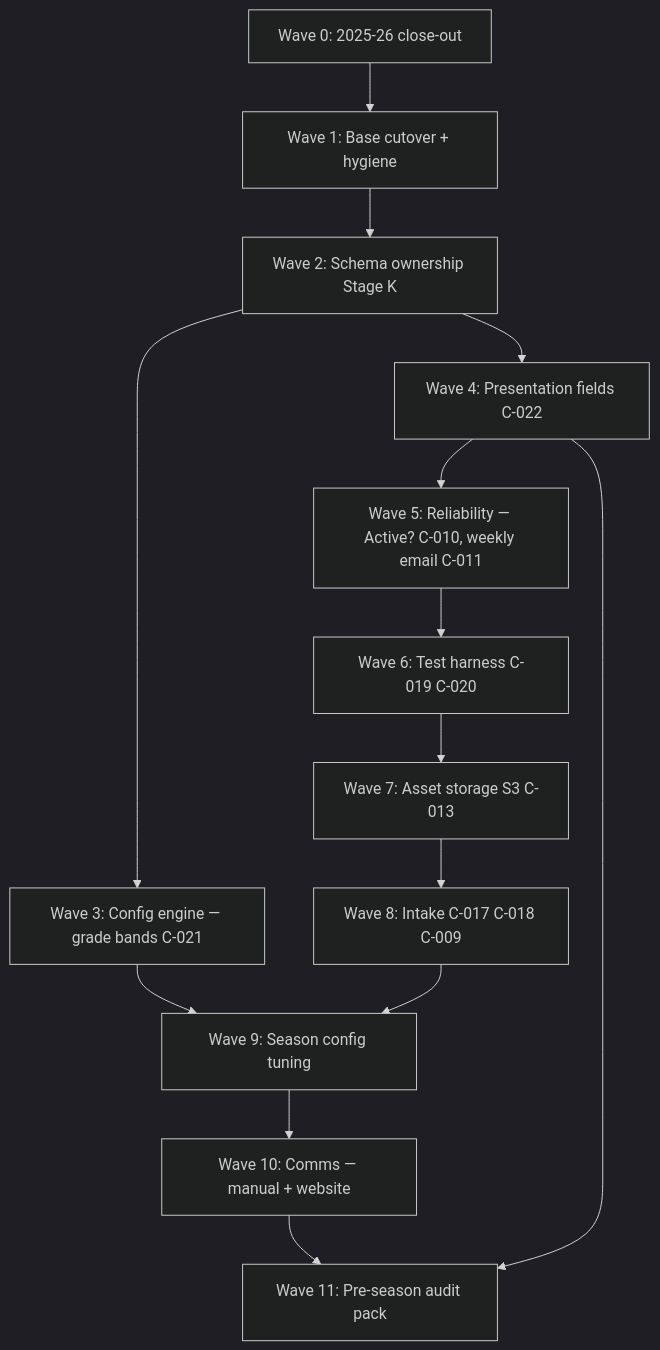
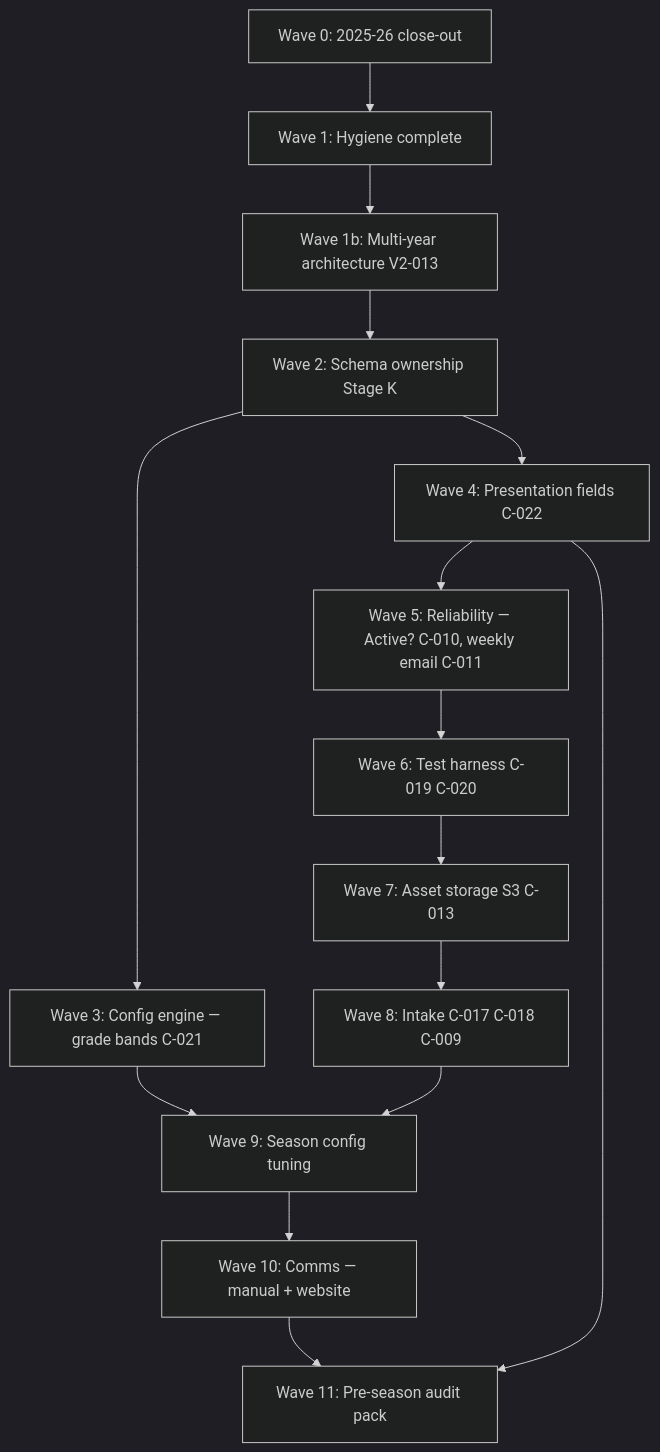
One commit to Schmidt127/127-si-shooting-challenge changed the diagram in docs/v2-change-backlog.md. Above: the diagram before and after it, drawn with Mermaid (dark theme). The commit also changed other lines of this file and 8 other files, not shown here.

Commit message:
docs: sync Wave 0 close-out, H-001/H-002, and V2-013 architecture

````diff
--- a/docs/v2-change-backlog.md
+++ b/docs/v2-change-backlog.md
@@ -23,29 +35,31 @@
 ```mermaid
 flowchart TD
     W0[Wave 0: 2025-26 close-out]
-    W1[Wave 1: Base cutover + hygiene]
+    W1[Wave 1: Hygiene complete]
+    W1b[Wave 1b: Multi-year architecture V2-013]
     W2[Wave 2: Schema ownership Stage K]
     W3[Wave 3: Config engine — grade bands C-021]
     W4[Wave 4: Presentation fields C-022]
     W5[Wave 5: Reliability — Active? C-010, weekly email C-011]
     W6[Wave 6: Test harness C-019 C-020]
     W7[Wave 7: Asset storage S3 C-013]
     W8[Wave 8: Intake C-017 C-018 C-009]
     W9[Wave 9: Season config tuning]
     W10[Wave 10: Comms — manual + website]
     W11[Wave 11: Pre-season audit pack]
 
     W0 --> W1
-    W1 --> W2
+    W1 --> W1b
+    W1b --> W2
     W2 --> W3
     W2 --> W4
     W3 --> W9
     W4 --> W5
     W4 --> W11
     W5 --> W6
     W6 --> W7
     W7 --> W8
     W8 --> W9
     W9 --> W10
     W10 --> W11
 ```
````
